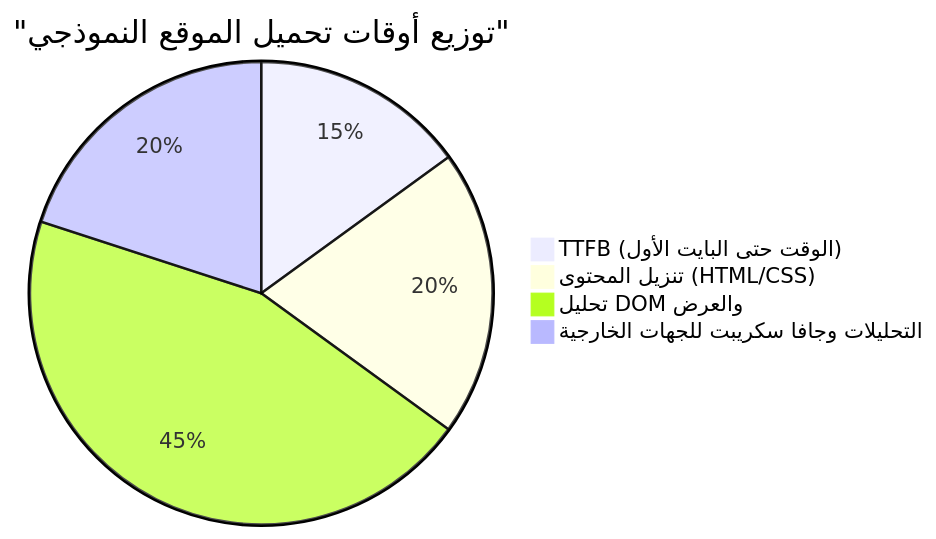
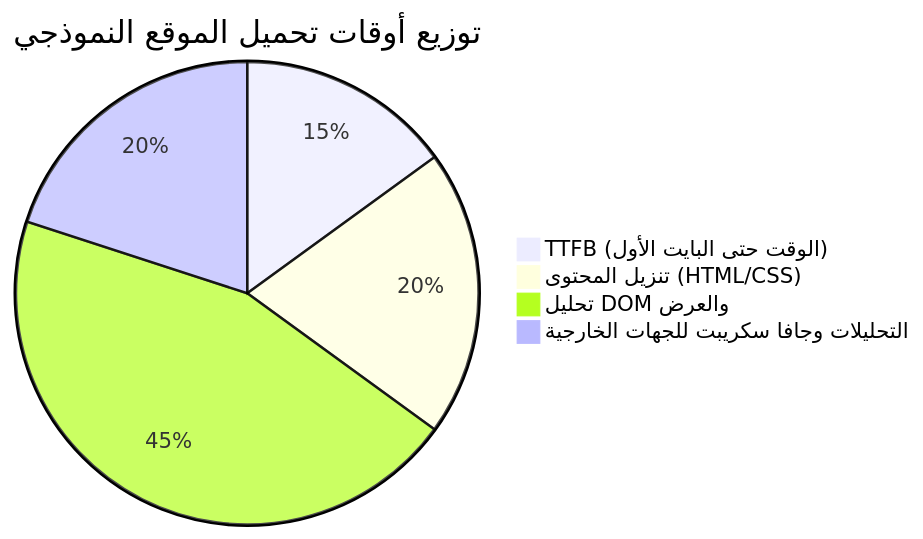
One commit to kenjinote/blog changed the third of 3 diagrams in content/post/hugo_hosting/index.ar.md. Above: the diagram before and after it, drawn with Mermaid. The commit also changed other lines of this file and 703 other files, not shown here.

Commit message:
Fix: Remove quotes from Mermaid link texts and timeline definitions to support Mermaid 11.4.1

````diff
--- a/content/post/hugo_hosting/index.ar.md
+++ b/content/post/hugo_hosting/index.ar.md
@@ -218,7 +218,7 @@
 ```mermaid
-pie title "توزيع أوقات تحميل الموقع النموذجي"
+pie title توزيع أوقات تحميل الموقع النموذجي
     "TTFB (الوقت حتى البايت الأول)" : 15
     "تنزيل المحتوى (HTML/CSS)" : 20
     "تحليل DOM والعرض" : 45
     "التحليلات وجافا سكريبت للجهات الخارجية" : 20
 ```
````
